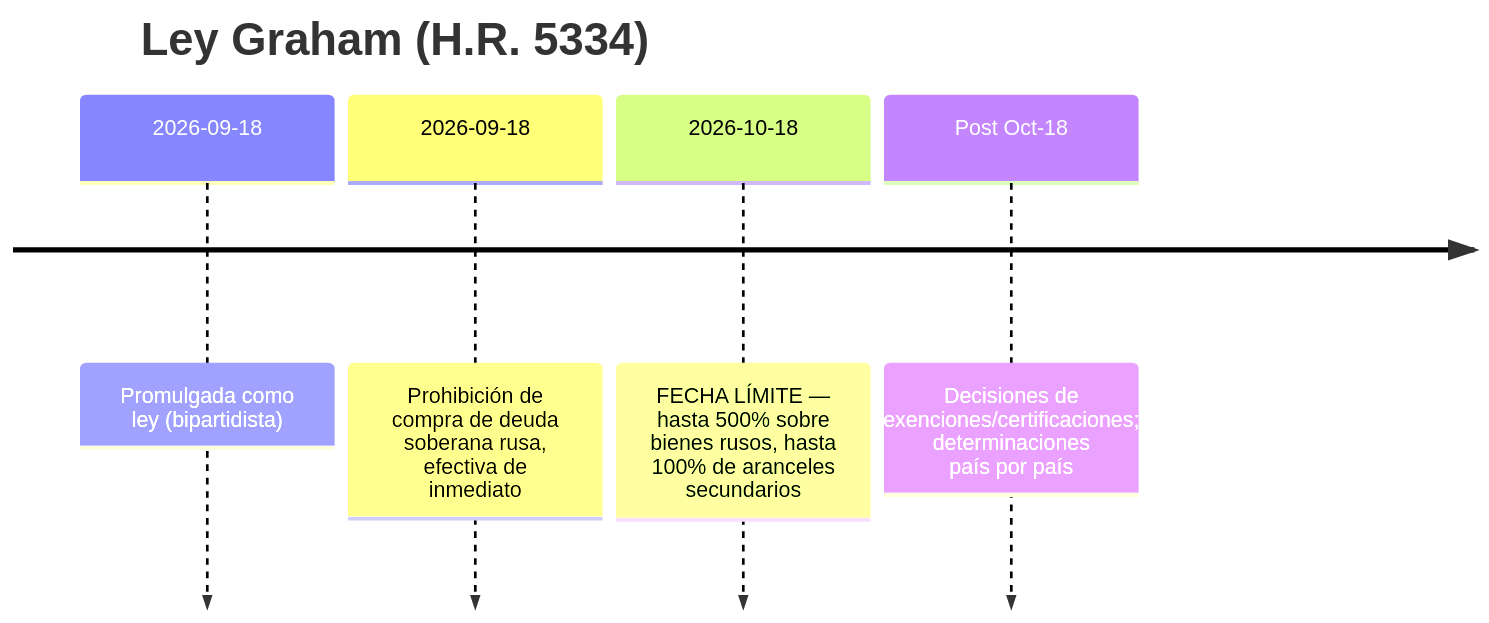
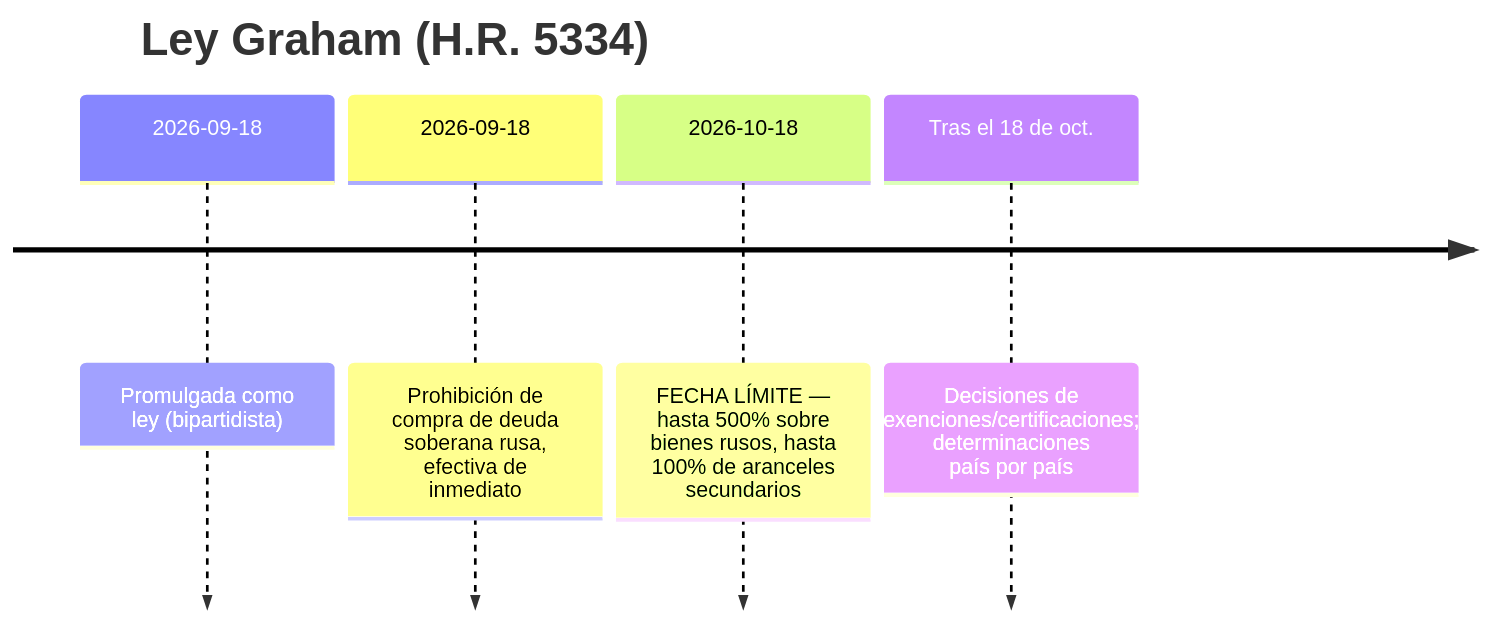
Before and after one commit to dureach/research: the second of 3 diagrams in Global-Trade-Intelligence-weekly-2026-10-05/index.es.md, drawn with Mermaid. The commit also changed 3 other files, not shown here.

Commit message:
Translate remaining 'Post Oct-18' timeline labels in es/jp/th/zh papers

````diff
--- a/Global-Trade-Intelligence-weekly-2026-10-05/index.es.md
+++ b/Global-Trade-Intelligence-weekly-2026-10-05/index.es.md
@@ -367,8 +367,8 @@
 ```mermaid
 timeline
     title Ley Graham (H.R. 5334)
     2026-09-18 : Promulgada como ley (bipartidista)
     2026-09-18 : Prohibición de compra de deuda soberana rusa, efectiva de inmediato
     2026-10-18 : FECHA LÍMITE — hasta 500% sobre bienes rusos, hasta 100% de aranceles secundarios
-    Post Oct-18 : Decisiones de exenciones/certificaciones; determinaciones país por país
+    Tras el 18 de oct. : Decisiones de exenciones/certificaciones; determinaciones país por país
 ```
````
